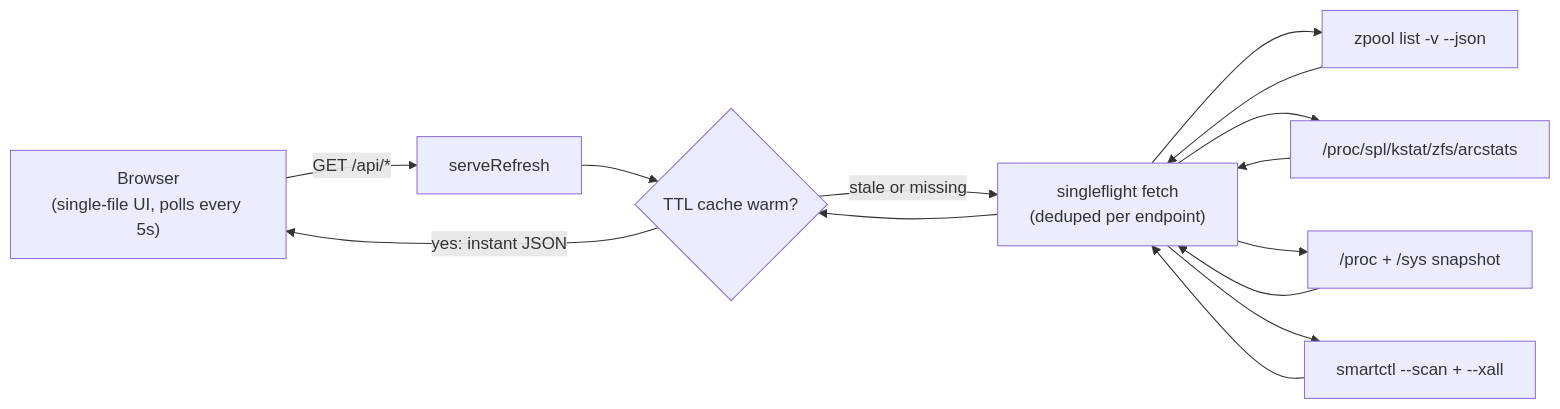
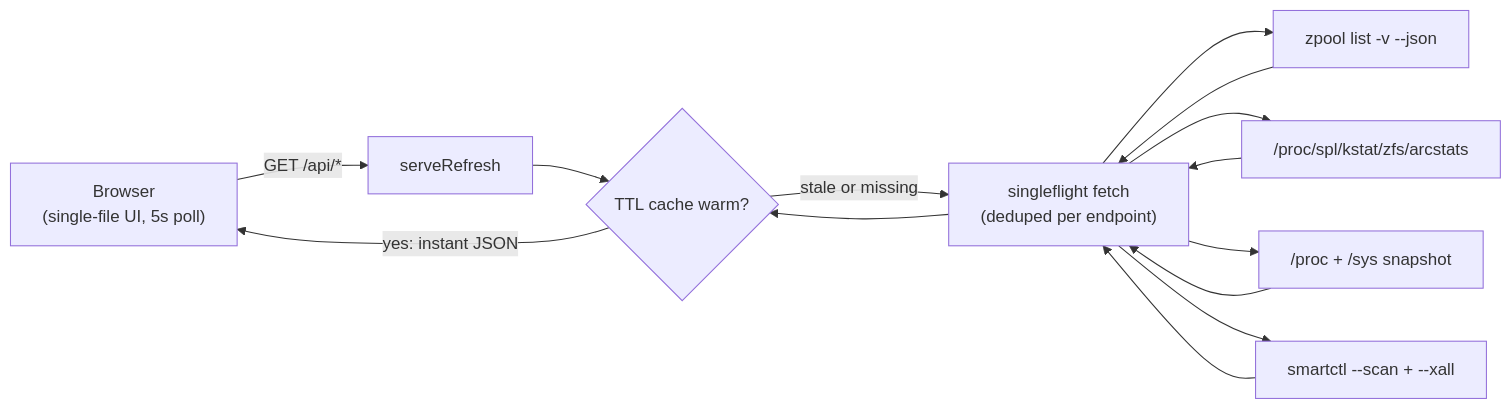
One commit to paepckehh/zdash changed the second of 2 diagrams in README.md. Above: the diagram before and after it, drawn with Mermaid. The commit also changed other lines of this file and 16 other files, not shown here.

````diff
--- a/README.md
+++ b/README.md
@@ -166,16 +221,16 @@
 ```mermaid
 flowchart LR
-    U["Browser<br>(single-file UI, polls every 5s)"] -->|"GET /api/*"| R["serveRefresh"]
+    U["Browser<br/>(single-file UI, 5s poll)"] -->|"GET /api/*"| R["serveRefresh"]
     R --> C{"TTL cache warm?"}
     C -->|"yes: instant JSON"| U
-    C -->|"stale or missing"| F["singleflight fetch<br>(deduped per endpoint)"]
+    C -->|"stale or missing"| F["singleflight fetch<br/>(deduped per endpoint)"]
     F --> Z["zpool list -v --json"]
     F --> A["/proc/spl/kstat/zfs/arcstats"]
     F --> Y["/proc + /sys snapshot"]
     F --> M["smartctl --scan + --xall"]
     Z --> F
     A --> F
     Y --> F
     M --> F
     F --> C
 ```
````
